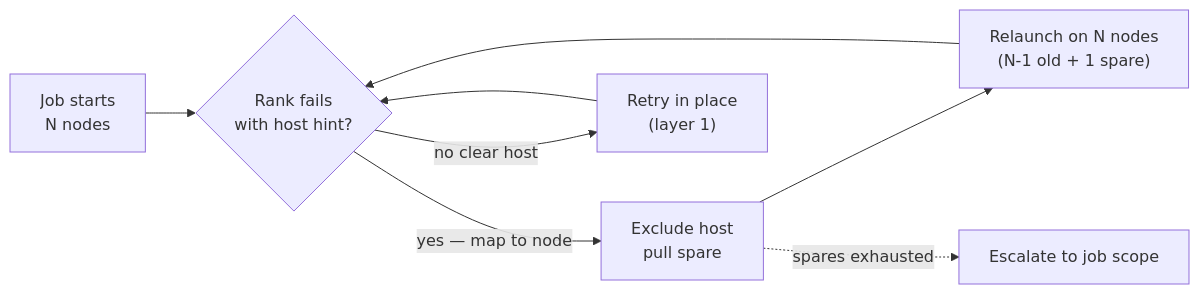
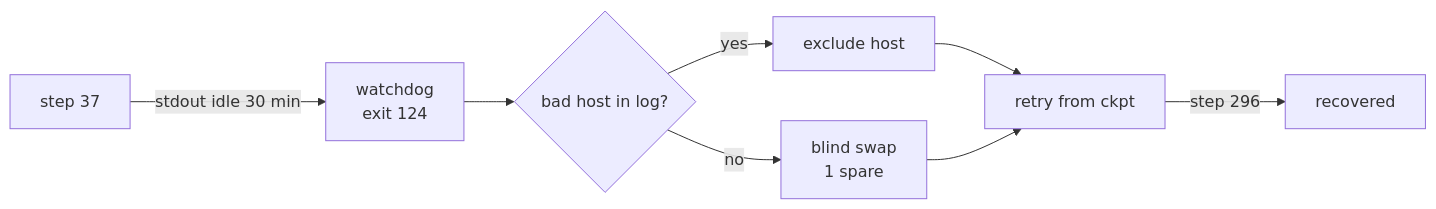
The fourth of 5 diagrams in web/src/pages/talks/2026/10/30/index.mdx (saforem2/samf.sh), drawn with Mermaid before and after one commit. The commit also changed other lines of this file, not shown here.

````diff
--- a/web/src/pages/talks/2026/10/30/index.mdx
+++ b/web/src/pages/talks/2026/10/30/index.mdx
@@ -448,10 +502,10 @@
 ```mermaid
 flowchart LR
-    A["Job starts<br/>N nodes"] --> B{"Rank fails<br/>with host hint?"}
-    B -->|"yes — map to node"| C["Exclude host<br/>pull spare"]
-    B -->|"no clear host"| D["Retry in place<br/>(layer 1)"]
-    C --> E["Relaunch on N nodes<br/>(N-1 old + 1 spare)"]
-    E --> B
-    D --> B
-    C -. "spares exhausted" .-> F["Escalate to job scope"]
+    TRAIN["step 37"] -->|"stdout idle 30 min"| WATCH["watchdog<br/>exit 124"]
+    WATCH --> TRACE{"bad host in log?"}
+    TRACE -->|yes| EXCLUDE["exclude host"]
+    TRACE -->|no| SWAP["blind swap<br/>1 spare"]
+    EXCLUDE --> RETRY["retry from ckpt"]
+    SWAP --> RETRY
+    RETRY -->|"step 296"| DONE["recovered"]
 ```
````
